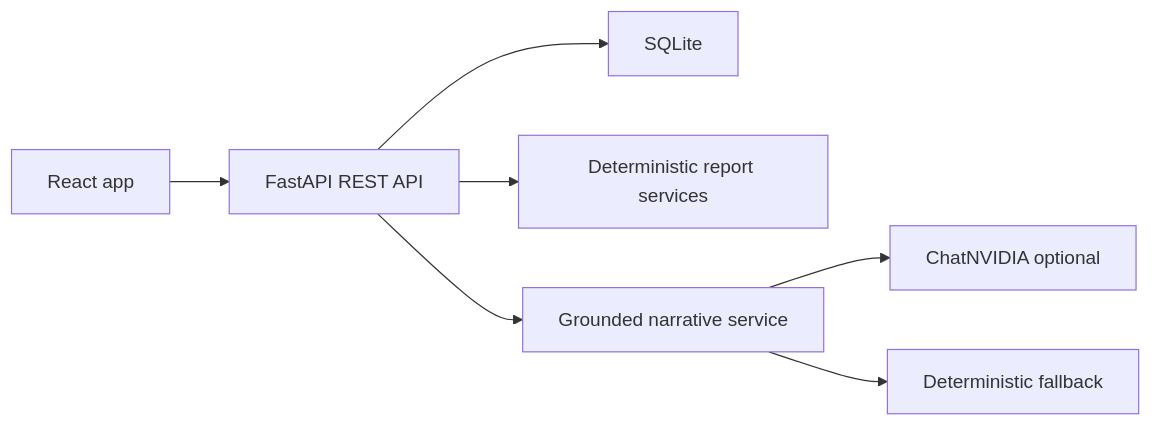
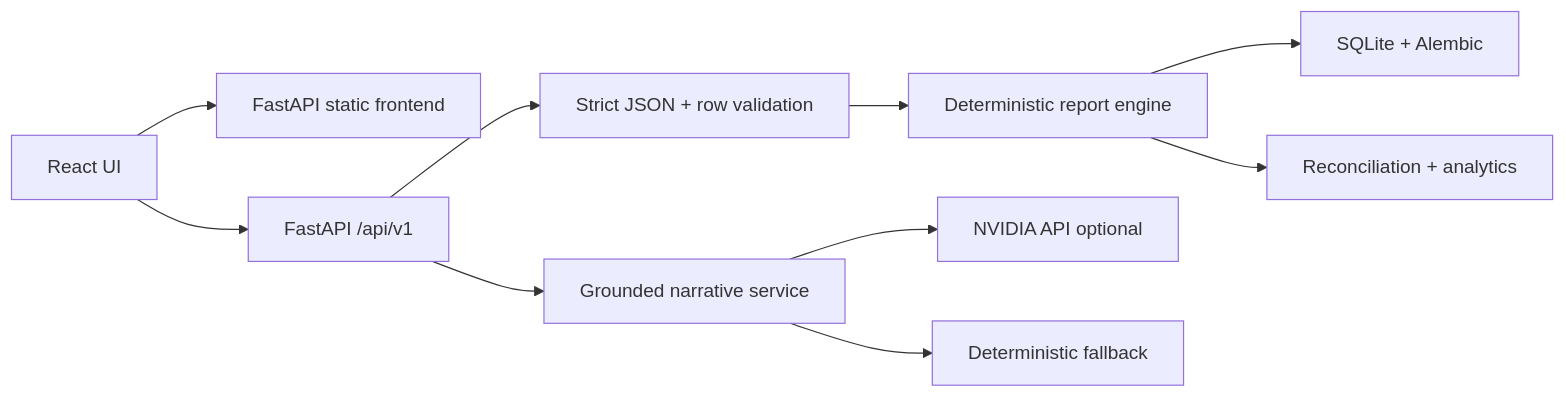
Before and after one commit to satvikkesarwani/swasthiq-eod-agent: the diagram in README.md, drawn with Mermaid. The commit also changed other lines of this file, not shown here.

````diff
--- a/README.md
+++ b/README.md
@@ -38,9 +74,12 @@
 ```mermaid
 flowchart LR
-    Browser["React app"] --> API["FastAPI REST API"]
-    API --> DB["SQLite"]
-    API --> Report["Deterministic report services"]
+    Browser["React UI"] --> Static["FastAPI static frontend"]
+    Browser --> API["FastAPI /api/v1"]
+    API --> Parser["Strict JSON + row validation"]
+    Parser --> Report["Deterministic report engine"]
+    Report --> DB["SQLite + Alembic"]
+    Report --> Analytics["Reconciliation + analytics"]
     API --> Narrative["Grounded narrative service"]
-    Narrative --> NVIDIA["ChatNVIDIA optional"]
+    Narrative --> NVIDIA["NVIDIA API optional"]
     Narrative --> Fallback["Deterministic fallback"]
 ```
````
